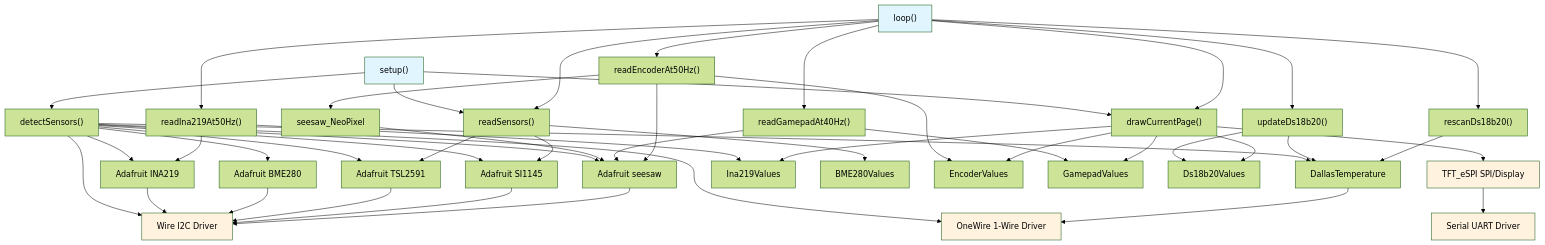
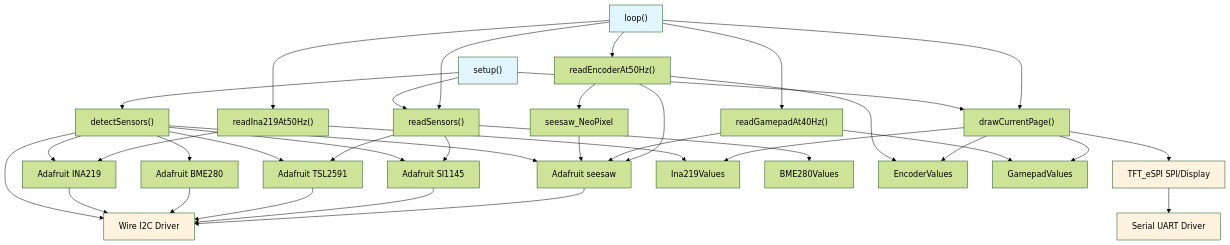
Before and after one commit to sarastro01/freenove-playground: the first of 3 diagrams in docs/02-architecture.md, drawn with Mermaid (forest theme). The commit also changed other lines of this file and 13 other files, not shown here.

````diff
--- a/docs/02-architecture.md
+++ b/docs/02-architecture.md
@@ -894,7 +800,6 @@
     SETUP["setup()"]
     DETECTSENSORS["detectSensors()"]
     WIRE["Wire I2C Driver"]
-    ONEWIRE["OneWire 1-Wire Driver"]
     SERIAL["Serial UART Driver"]
     TFTSPI["TFT_eSPI SPI/Display"]
     
@@ -904,39 +809,32 @@
     SI1145LIB["Adafruit SI1145"]
     SEESAWLIB["Adafruit seesaw"]
     NEOXLIB["seesaw_NeoPixel"]
-    DALLAS["DallasTemperature"]
     
     LOOP["loop()"]
     READGAMEPAD["readGamepadAt40Hz()"]
     READENCODER["readEncoderAt50Hz()"]
     READINA219["readIna219At50Hz()"]
     READSENSORS["readSensors()"]
-    UPDATEDS18B20["updateDs18b20()"]
-    RESCANDS18B20["rescanDs18b20()"]
     DRAWPAGE["drawCurrentPage()"]
     
     STRUCT_INA["Ina219Values"]
     STRUCT_BME["BME280Values"]
     STRUCT_ENC["EncoderValues"]
     STRUCT_PAD["GamepadValues"]
-    STRUCT_DS["Ds18b20Values"]
     
     SETUP --> DETECTSENSORS
     DETECTSENSORS --> WIRE
-    DETECTSENSORS --> ONEWIRE
     DETECTSENSORS --> INA219LIB
     DETECTSENSORS --> BME280LIB
     DETECTSENSORS --> TSL2591LIB
     DETECTSENSORS --> SI1145LIB
     DETECTSENSORS --> SEESAWLIB
-    DETECTSENSORS --> DALLAS
     
     INA219LIB --> WIRE
     BME280LIB --> WIRE
     TSL2591LIB --> WIRE
     SI1145LIB --> WIRE
     SEESAWLIB --> WIRE
-    DALLAS --> ONEWIRE
     NEOXLIB --> SEESAWLIB
     
     SETUP --> READSENSORS
@@ -945,8 +843,6 @@
     LOOP --> READGAMEPAD
     LOOP --> READENCODER
     LOOP --> READINA219
-    LOOP --> UPDATEDS18B20
-    LOOP --> RESCANDS18B20
     LOOP --> READSENSORS
     LOOP --> DRAWPAGE
     
@@ -956,27 +852,22 @@
     READINA219 --> INA219LIB
     READSENSORS --> TSL2591LIB
     READSENSORS --> SI1145LIB
-    UPDATEDS18B20 --> DALLAS
-    RESCANDS18B20 --> DALLAS
     
     READGAMEPAD --> STRUCT_PAD
     READENCODER --> STRUCT_ENC
     READINA219 --> STRUCT_INA
     READSENSORS --> STRUCT_BME
-    UPDATEDS18B20 --> STRUCT_DS
     
     DRAWPAGE --> TFTSPI
     DRAWPAGE --> STRUCT_INA
     DRAWPAGE --> STRUCT_ENC
     DRAWPAGE --> STRUCT_PAD
-    DRAWPAGE --> STRUCT_DS
     
     TFTSPI --> SERIAL
     
     style SETUP fill:#e1f5ff
     style LOOP fill:#e1f5ff
     style WIRE fill:#fff3e0
-    style ONEWIRE fill:#fff3e0
     style SERIAL fill:#fff3e0
     style TFTSPI fill:#fff3e0
 ```
````
